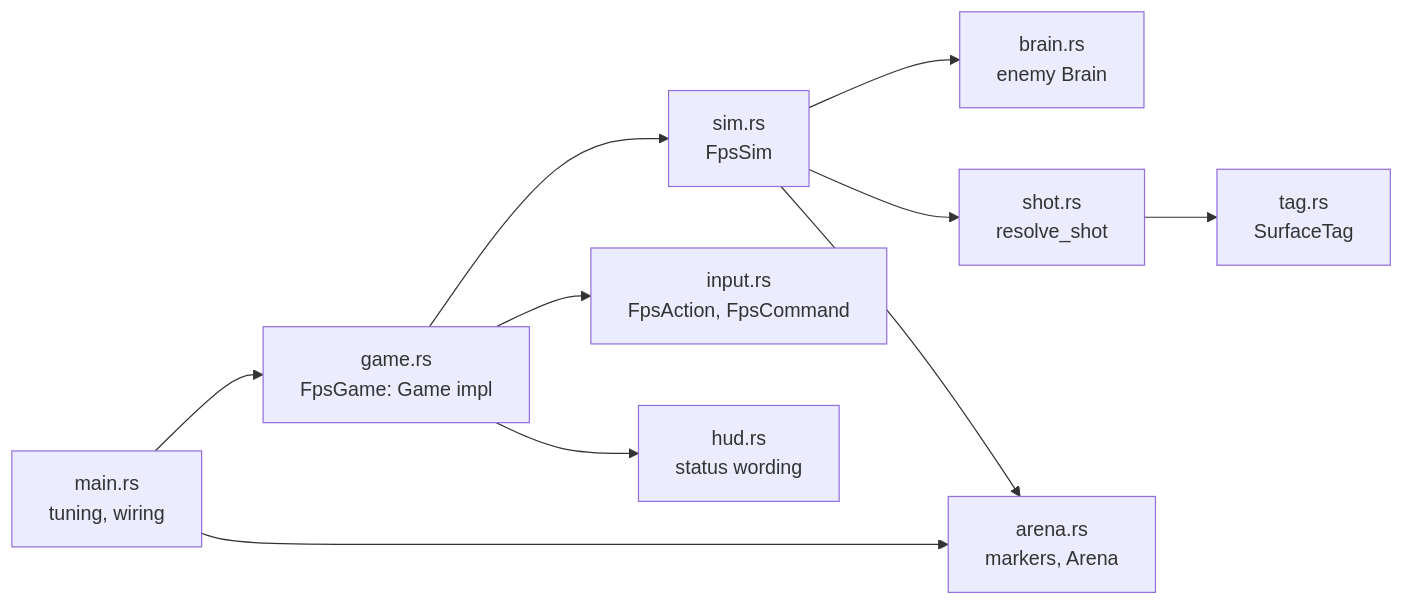
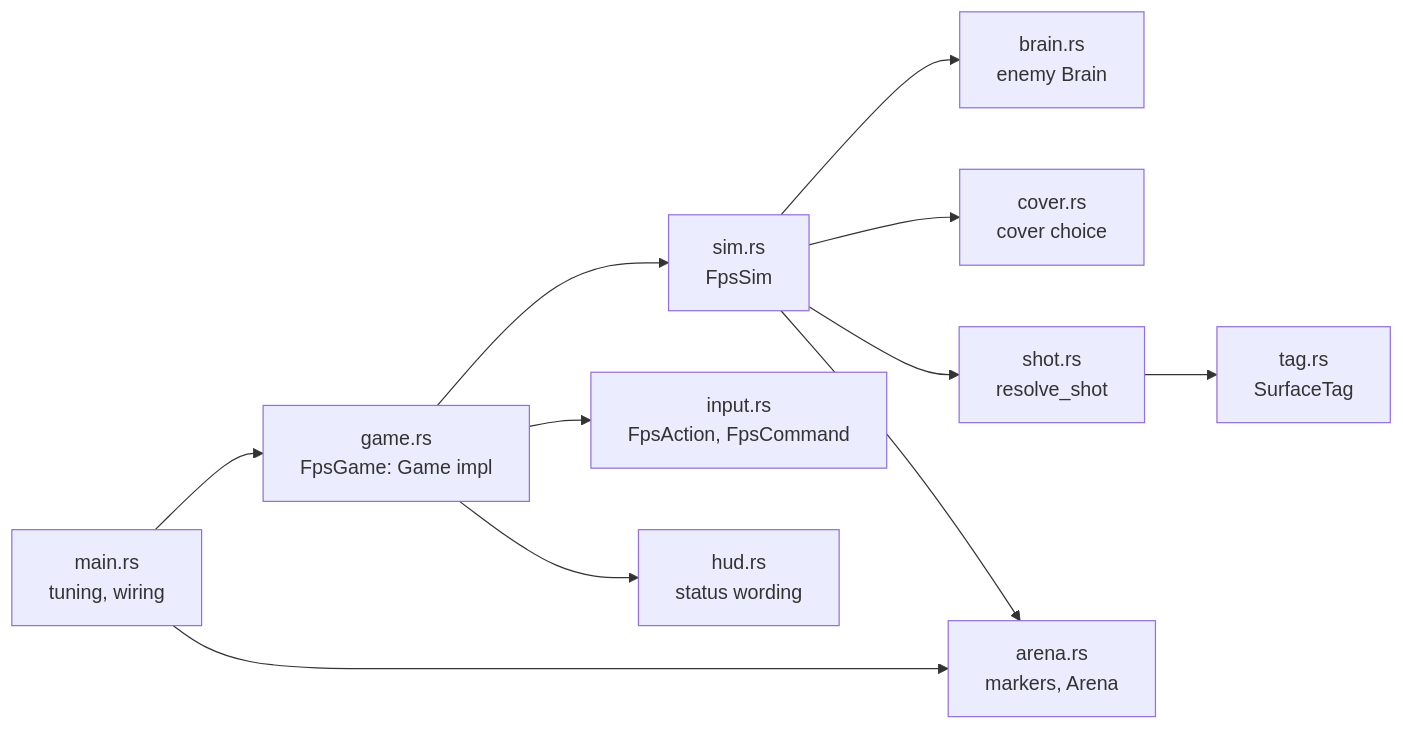
Before and after one commit to WrackedFella/moho: the diagram in wiki/architecture/fps-prototype.md, drawn with Mermaid. The commit also changed other lines of this file and 11 other files, not shown here.

````diff
--- a/wiki/architecture/fps-prototype.md
+++ b/wiki/architecture/fps-prototype.md
@@ -13,12 +13,13 @@
 ```mermaid
 flowchart LR
     main["main.rs<br/>tuning, wiring"] --> game["game.rs<br/>FpsGame: Game impl"]
     game --> sim["sim.rs<br/>FpsSim"]
     game --> input["input.rs<br/>FpsAction, FpsCommand"]
     game --> hud["hud.rs<br/>status wording"]
     sim --> brain["brain.rs<br/>enemy Brain"]
+    sim --> cover["cover.rs<br/>cover choice"]
     sim --> shot["shot.rs<br/>resolve_shot"]
     shot --> tag["tag.rs<br/>SurfaceTag"]
     main --> arena["arena.rs<br/>markers, Arena"]
     sim --> arena
 ```
````
